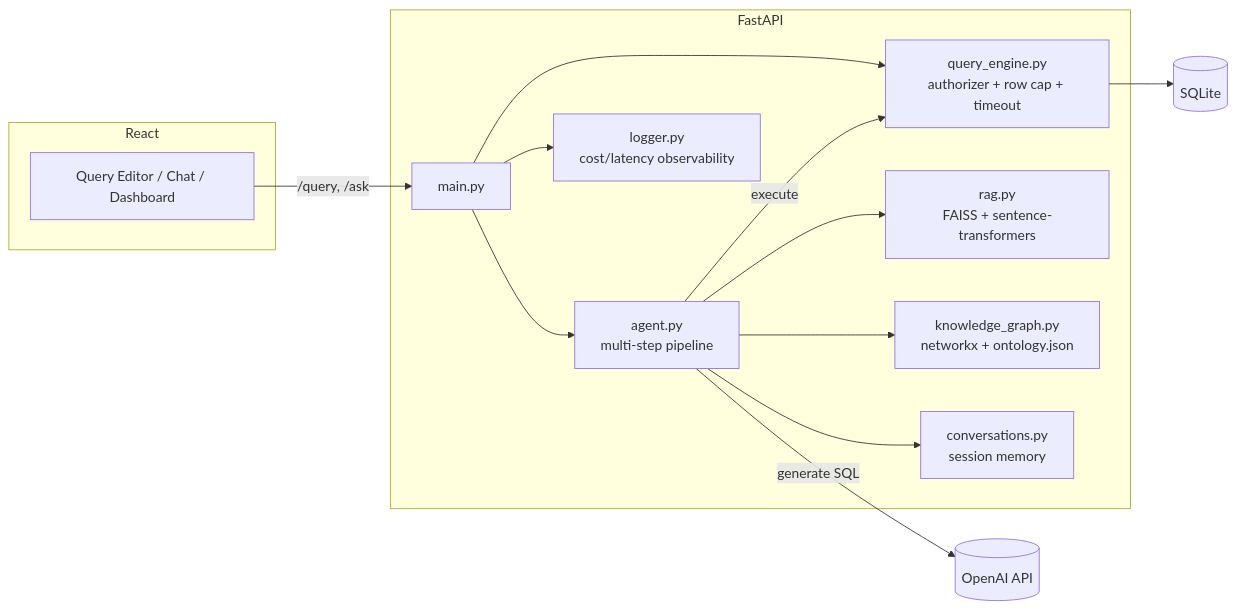
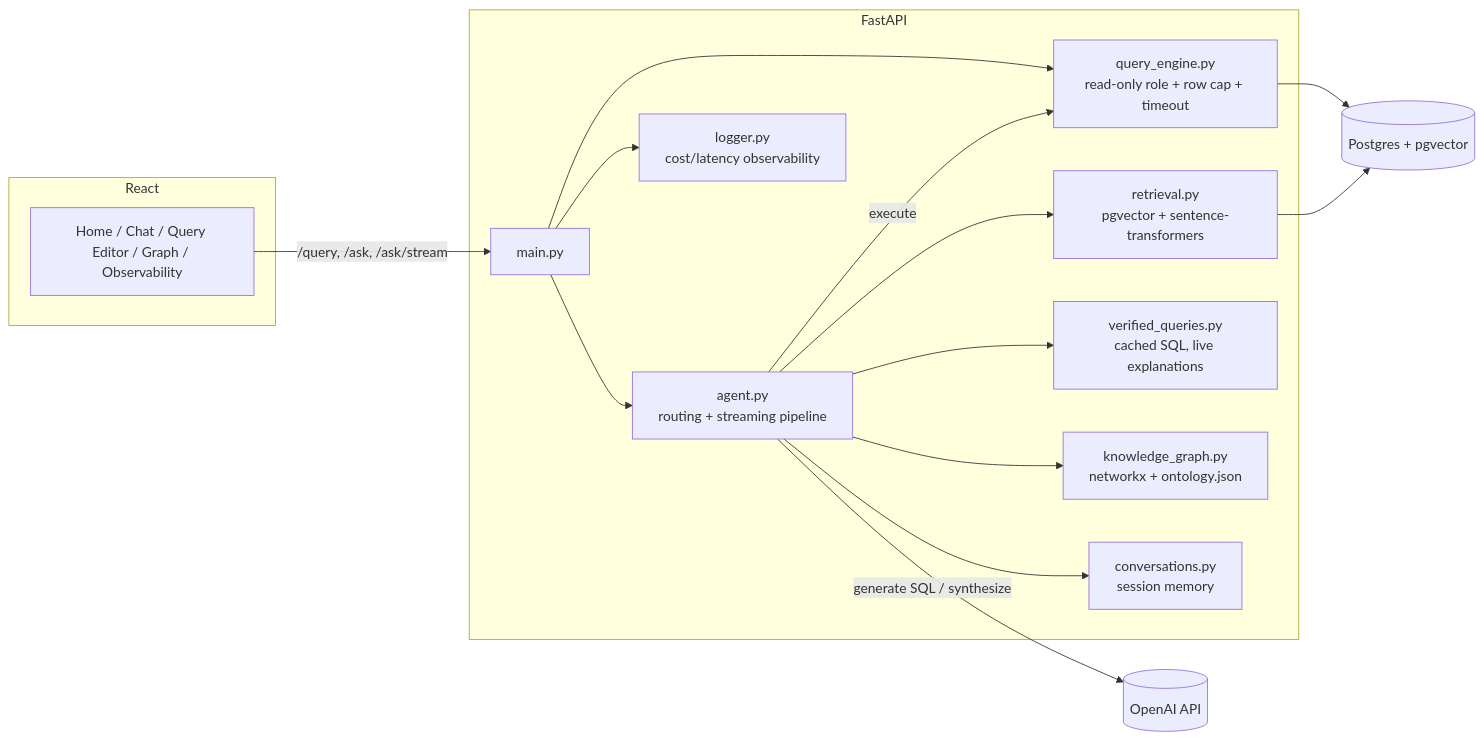
Before and after one commit to Schadrackkarekezi/datalens: the diagram in README.md, drawn with Mermaid. The commit also changed other lines of this file and 1 other file, not shown here.

````diff
--- a/README.md
+++ b/README.md
@@ -29,30 +40,33 @@
 ```mermaid
 flowchart LR
     subgraph Frontend[React]
-        UI[Query Editor / Chat / Dashboard]
+        UI[Home / Chat / Query Editor / Graph / Observability]
     end
 
     subgraph Backend[FastAPI]
         API[main.py]
-        QE[query_engine.py<br/>authorizer + row cap + timeout]
-        Agent[agent.py<br/>multi-step pipeline]
-        RAG[rag.py<br/>FAISS + sentence-transformers]
+        QE[query_engine.py<br/>read-only role + row cap + timeout]
+        Agent[agent.py<br/>routing + streaming pipeline]
+        RAG[retrieval.py<br/>pgvector + sentence-transformers]
+        VQ[verified_queries.py<br/>cached SQL, live explanations]
         KG[knowledge_graph.py<br/>networkx + ontology.json]
         Conv[conversations.py<br/>session memory]
         Log[logger.py<br/>cost/latency observability]
     end
 
-    DB[(SQLite)]
+    DB[(Postgres + pgvector)]
     LLM[(OpenAI API)]
 
-    UI -->|/query, /ask| API
+    UI -->|"/query, /ask, /ask/stream"| API
     API --> QE
     API --> Agent
     Agent --> RAG
+    Agent --> VQ
     Agent --> KG
     Agent --> Conv
-    Agent -->|generate SQL| LLM
+    Agent -->|generate SQL / synthesize| LLM
     Agent -->|execute| QE
     QE --> DB
+    RAG --> DB
     API --> Log
 ```
````
